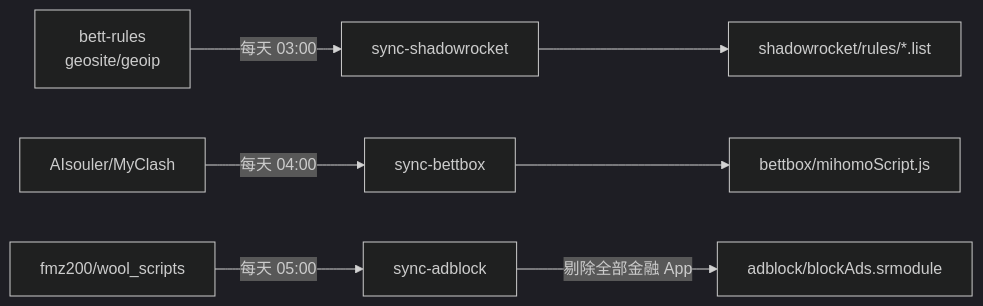
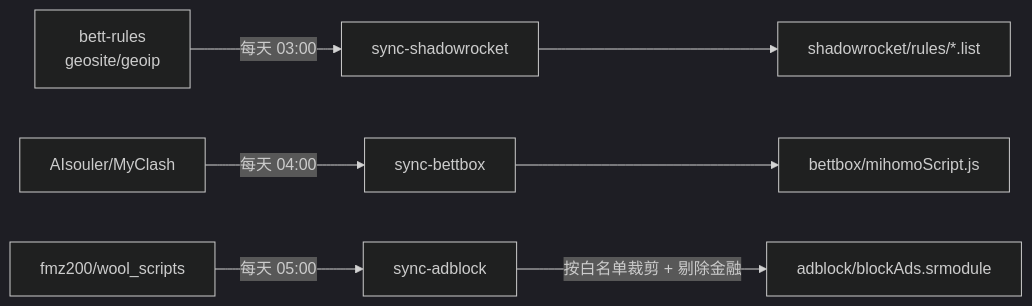
Before and after one commit to chaojiman/sr-rules: the third of 3 diagrams in README.md, drawn with Mermaid (dark theme). The commit also changed other lines of this file and 5 other files, not shown here.

First line of the commit message:
feat(adblock): 按自用 App 白名单裁剪 MITM，补全金融剔除，脚本超时 10/20s，直连 App 拦 QUIC

````diff
--- a/README.md
+++ b/README.md
@@ -263,11 +274,11 @@
 ```mermaid
 flowchart LR
     U1[bett-rules<br/>geosite/geoip] -->|每天 03:00| W1[sync-shadowrocket]
     W1 --> O1[shadowrocket/rules/*.list]
 
     U2[AIsouler/MyClash] -->|每天 04:00| W2[sync-bettbox]
     W2 --> O2[bettbox/mihomoScript.js]
 
     U3[fmz200/wool_scripts] -->|每天 05:00| W3[sync-adblock]
-    W3 -->|剔除全部金融 App| O3[adblock/blockAds.srmodule]
+    W3 -->|按白名单裁剪 + 剔除金融| O3[adblock/blockAds.srmodule]
 ```
````
